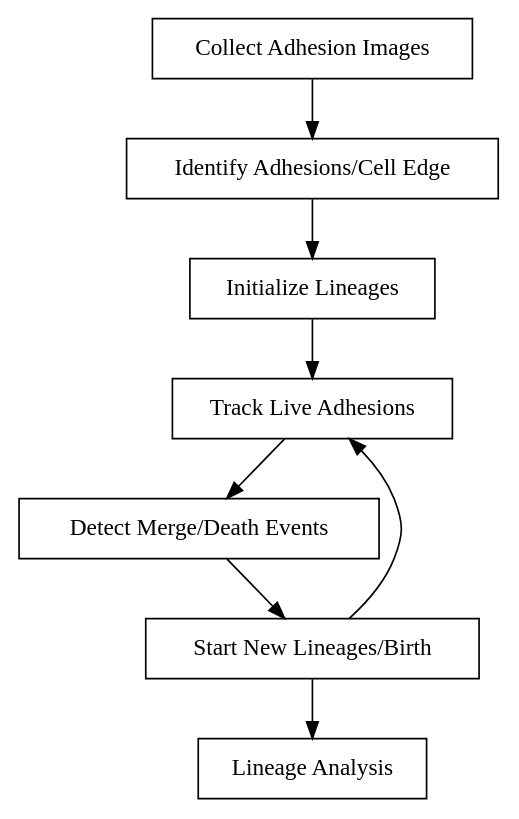
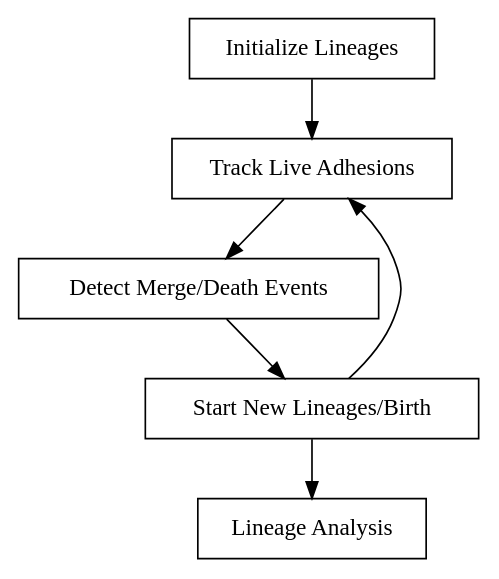
Before and after one commit to gomezlab/single_invado_analysis: the diagram in doc/flow_charts/fa_workflow.dot, drawn with Graphviz.

Commit message:
fa_workflow.dot:     -removing parts of flow chart outside tracking

```diff
--- a/doc/flow_charts/fa_workflow.dot
+++ b/doc/flow_charts/fa_workflow.dot
@@ -1,14 +1,12 @@
 digraph flow {
     margin = 0
     fontname="Bitstream Vera Sans"
 
-    raw [label = "Collect Adhesion Images", shape = box]
-    id [label = "Identify Adhesions/Cell Edge", shape = box]
     init [label = "Initialize Lineages", shape = box]
     track [label = "Track Live Adhesions", shape = box]
     mdevents [label = "Detect Merge/Death Events", shape = box]
     birth [label = "Start New Lineages/Birth", shape = box]
     analysis [label = "Lineage Analysis", shape = box] 
 
-    raw->id->init->track->mdevents->birth->{track analysis}
+    init->track->mdevents->birth->{track analysis}
 }
```
